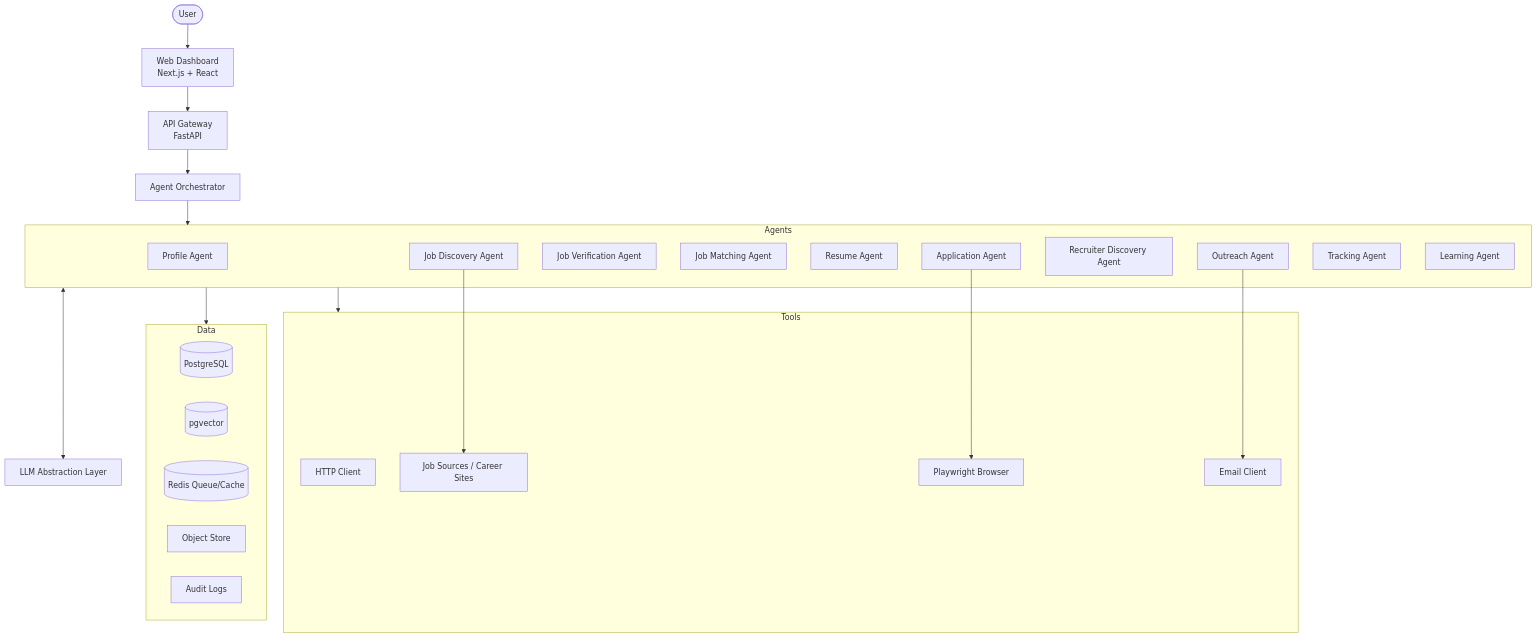
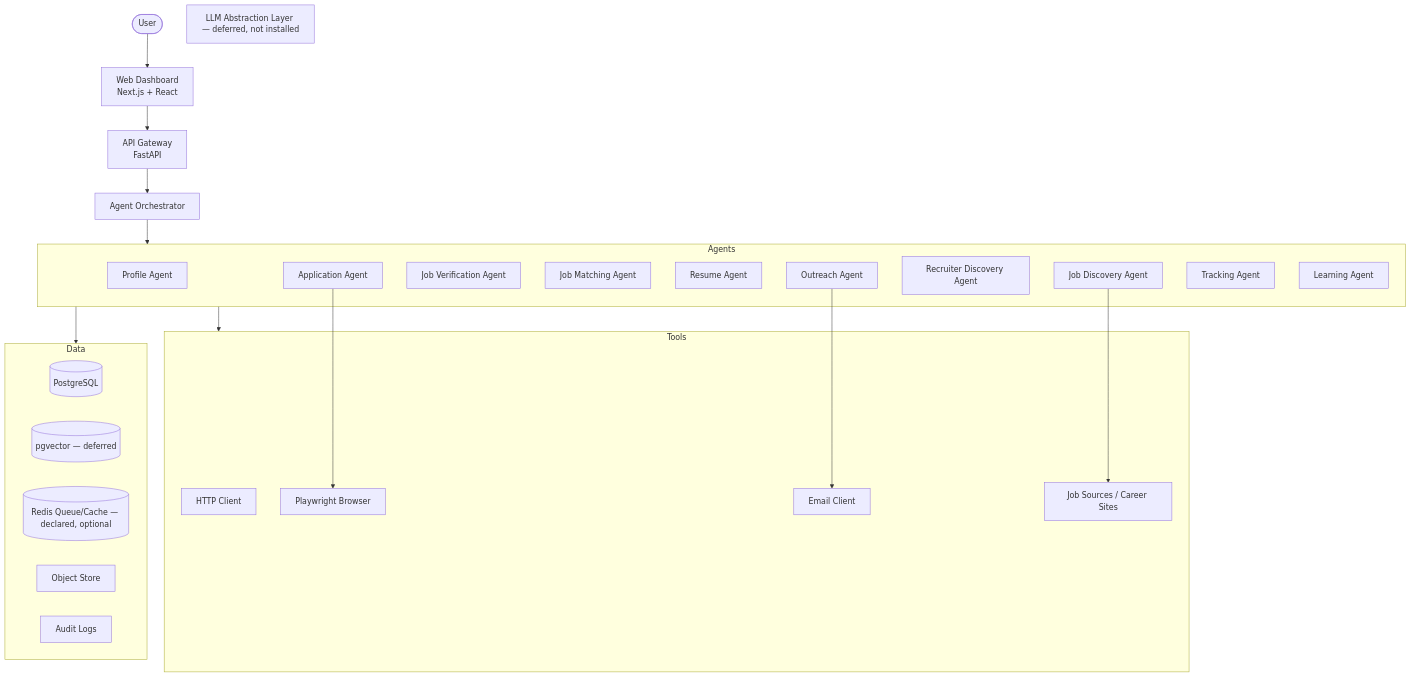
The diagram in docs/architecture/system-diagram.md (vijayshri182/ai-career-agent), drawn with Mermaid before and after one commit. The commit also changed other lines of this file and 15 other files, not shown here.

````diff
--- a/docs/architecture/system-diagram.md
+++ b/docs/architecture/system-diagram.md
@@ -3,48 +3,47 @@
 ```mermaid
 flowchart TB
     User([User])
     Dashboard[Web Dashboard<br/>Next.js + React]
     Gateway[API Gateway<br/>FastAPI]
     Orchestrator[Agent Orchestrator]
 
     subgraph Agents
         ProfileAgent[Profile Agent]
         DiscoveryAgent[Job Discovery Agent]
         VerificationAgent[Job Verification Agent]
         MatchingAgent[Job Matching Agent]
         ResumeAgent[Resume Agent]
         ApplicationAgent[Application Agent]
         RecruiterAgent[Recruiter Discovery Agent]
         OutreachAgent[Outreach Agent]
         TrackingAgent[Tracking Agent]
         LearningAgent[Learning Agent]
     end
 
     subgraph Tools
         HTTP[HTTP Client]
         Playwright[Playwright Browser]
         Email[Email Client]
         Sources[Job Sources / Career Sites]
     end
 
     subgraph Data
         Postgres[(PostgreSQL)]
-        Vector[(pgvector)]
-        Redis[(Redis Queue/Cache)]
+        Vector[(pgvector — deferred)]
+        Redis[(Redis Queue/Cache — declared, optional)]
         Store[Object Store]
         Audit[Audit Logs]
     end
 
-    LLM[LLM Abstraction Layer]
+    LLM[LLM Abstraction Layer — deferred, not installed]
 
     User --> Dashboard
     Dashboard --> Gateway
     Gateway --> Orchestrator
     Orchestrator --> Agents
     Agents --> Tools
     Agents --> Data
-    Agents <--> LLM
     DiscoveryAgent --> Sources
     ApplicationAgent --> Playwright
     OutreachAgent --> Email
 ```
````
